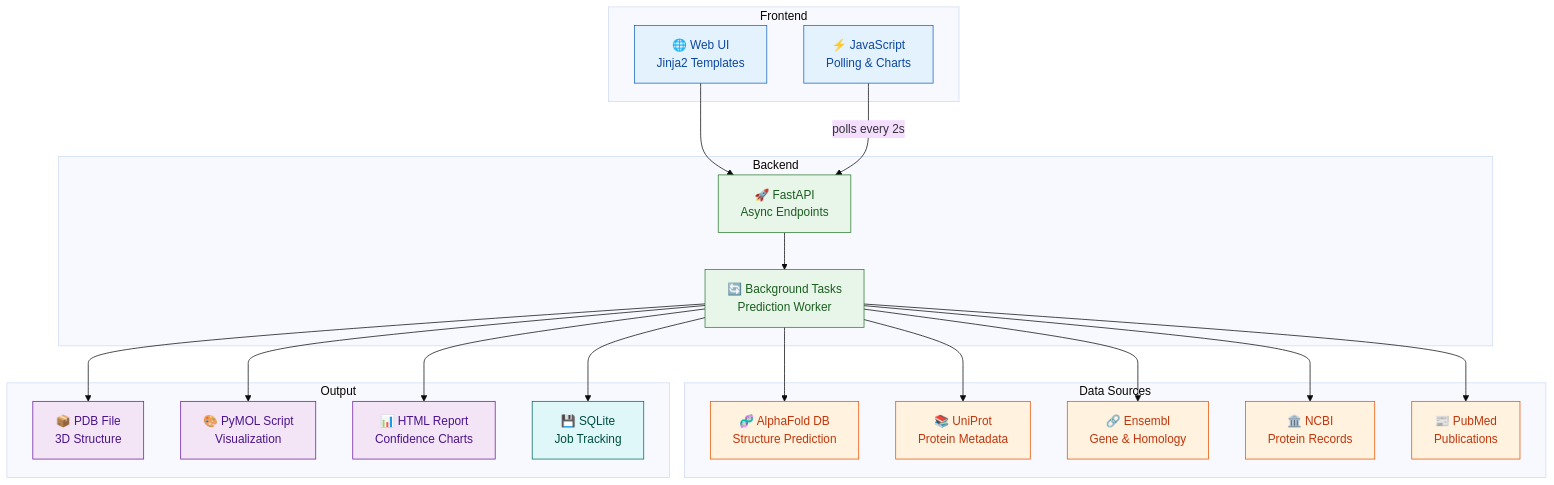
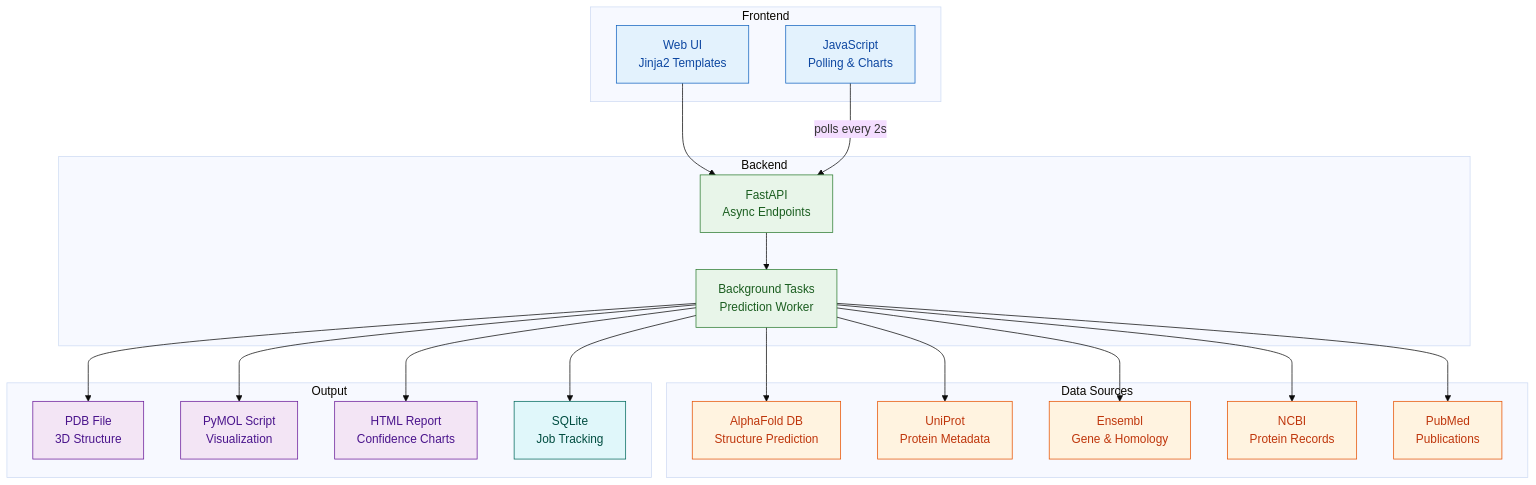
One commit to sanjanb/bio-pipeline changed the third of 3 diagrams in README.md. Above: the diagram before and after it, drawn with Mermaid (base theme). The commit also changed other lines of this file, not shown here.

Commit message:
docs: remove emojis from Mermaid diagrams for professional appearance

````diff
--- a/README.md
+++ b/README.md
@@ -66,54 +66,54 @@
 ```mermaid
 graph TB
     subgraph "Frontend"
-        UI["🌐 Web UI<br/>Jinja2 Templates"]
-        JS["⚡ JavaScript<br/>Polling &amp; Charts"]
+        UI["Web UI<br/>Jinja2 Templates"]
+        JS["JavaScript<br/>Polling &amp; Charts"]
     end
 
     subgraph "Backend"
-        API["🚀 FastAPI<br/>Async Endpoints"]
-        BG["🔄 Background Tasks<br/>Prediction Worker"]
+        API["FastAPI<br/>Async Endpoints"]
+        BG["Background Tasks<br/>Prediction Worker"]
     end
 
     subgraph "Data Sources"
-        AF["🧬 AlphaFold DB<br/>Structure Prediction"]
-        UN["📚 UniProt<br/>Protein Metadata"]
-        EN["🔗 Ensembl<br/>Gene &amp; Homology"]
-        NC["🏛️ NCBI<br/>Protein Records"]
-        PM["📰 PubMed<br/>Publications"]
+        AF["AlphaFold DB<br/>Structure Prediction"]
+        UN["UniProt<br/>Protein Metadata"]
+        EN["Ensembl<br/>Gene &amp; Homology"]
+        NC["NCBI<br/>Protein Records"]
+        PM["PubMed<br/>Publications"]
     end
 
     subgraph "Output"
-        PDB["📦 PDB File<br/>3D Structure"]
-        PML["🎨 PyMOL Script<br/>Visualization"]
-        RPT["📊 HTML Report<br/>Confidence Charts"]
-        DB["💾 SQLite<br/>Job Tracking"]
+        PDB["PDB File<br/>3D Structure"]
+        PML["PyMOL Script<br/>Visualization"]
+        RPT["HTML Report<br/>Confidence Charts"]
+        DB["SQLite<br/>Job Tracking"]
     end
 
     UI --> API
     JS -->|polls every 2s| API
     API --> BG
     BG --> AF
     BG --> UN
     BG --> EN
     BG --> NC
     BG --> PM
     BG --> PDB
     BG --> PML
     BG --> RPT
     BG --> DB
 
     style UI fill:#E3F2FD,stroke:#1565C0,color:#0D47A1
     style JS fill:#E3F2FD,stroke:#1565C0,color:#0D47A1
     style API fill:#E8F5E9,stroke:#2E7D32,color:#1B5E20
     style BG fill:#E8F5E9,stroke:#2E7D32,color:#1B5E20
     style AF fill:#FFF3E0,stroke:#E65100,color:#BF360C
     style UN fill:#FFF3E0,stroke:#E65100,color:#BF360C
     style EN fill:#FFF3E0,stroke:#E65100,color:#BF360C
     style NC fill:#FFF3E0,stroke:#E65100,color:#BF360C
     style PM fill:#FFF3E0,stroke:#E65100,color:#BF360C
     style PDB fill:#F3E5F5,stroke:#6A1B9A,color:#4A148C
     style PML fill:#F3E5F5,stroke:#6A1B9A,color:#4A148C
     style RPT fill:#F3E5F5,stroke:#6A1B9A,color:#4A148C
     style DB fill:#E0F7FA,stroke:#00695C,color:#004D40
 ```
````
